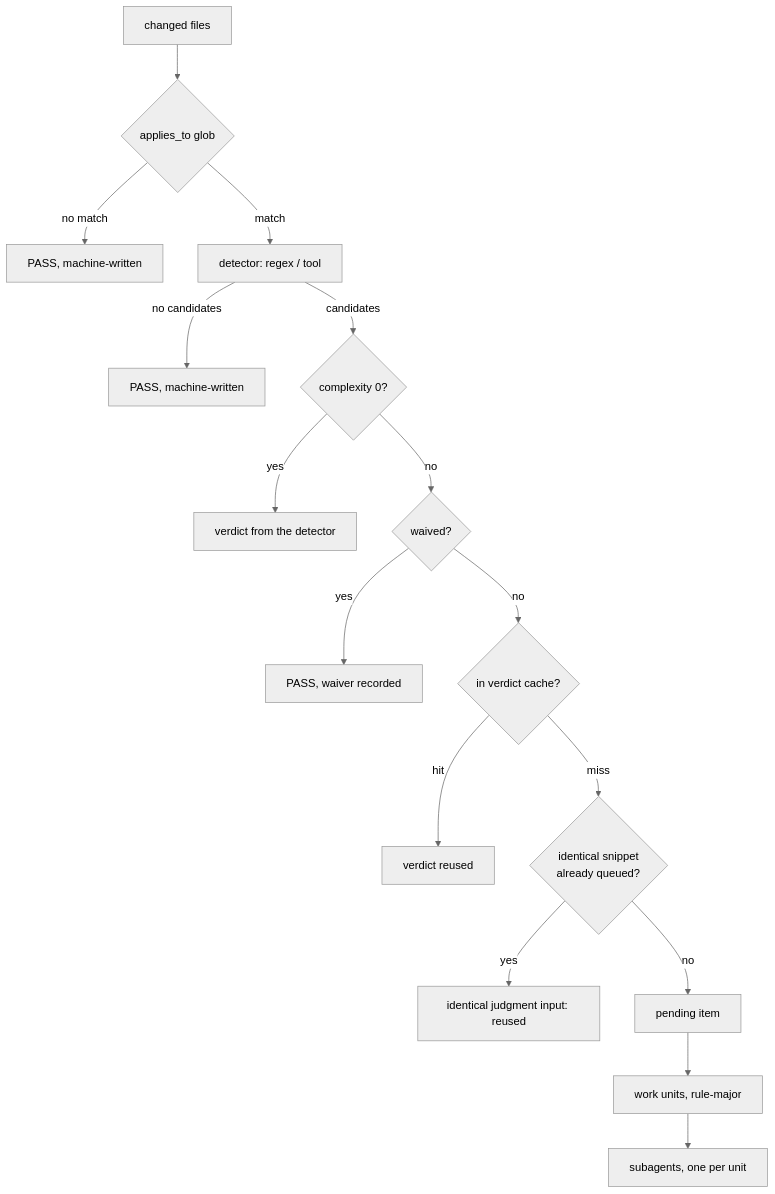
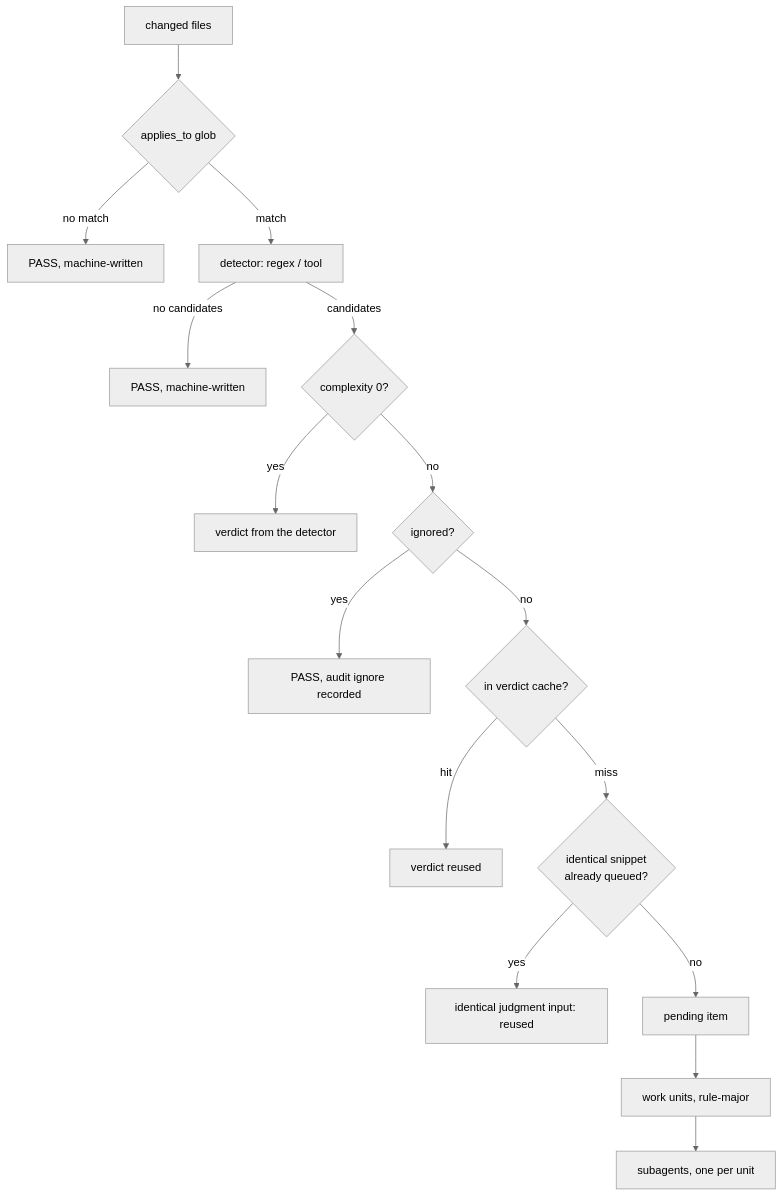
The first of 2 diagrams in .agents/ARCHITECTURE.md (telekom/controlplane), drawn with Mermaid (neutral theme) before and after one commit. The commit also changed other lines of this file and 23 other files, not shown here.

````diff
--- a/.agents/ARCHITECTURE.md
+++ b/.agents/ARCHITECTURE.md
@@ -37,18 +37,18 @@
 ```mermaid
 flowchart TD
     A[changed files] --> B{applies_to glob}
     B -->|no match| P1[PASS, machine-written]
     B -->|match| C[detector: regex / tool]
     C -->|no candidates| P2[PASS, machine-written]
     C -->|candidates| D{complexity 0?}
     D -->|yes| V1[verdict from the detector]
-    D -->|no| E{waived?}
-    E -->|yes| P3[PASS, waiver recorded]
+    D -->|no| E{ignored?}
+    E -->|yes| P3[PASS, audit ignore recorded]
     E -->|no| F{in verdict cache?}
     F -->|hit| V2[verdict reused]
     F -->|miss| G{identical snippet<br/>already queued?}
     G -->|yes| V3[identical judgment input: reused]
     G -->|no| H[pending item]
     H --> I[work units, rule-major]
     I --> J[subagents, one per unit]
 ```
````
